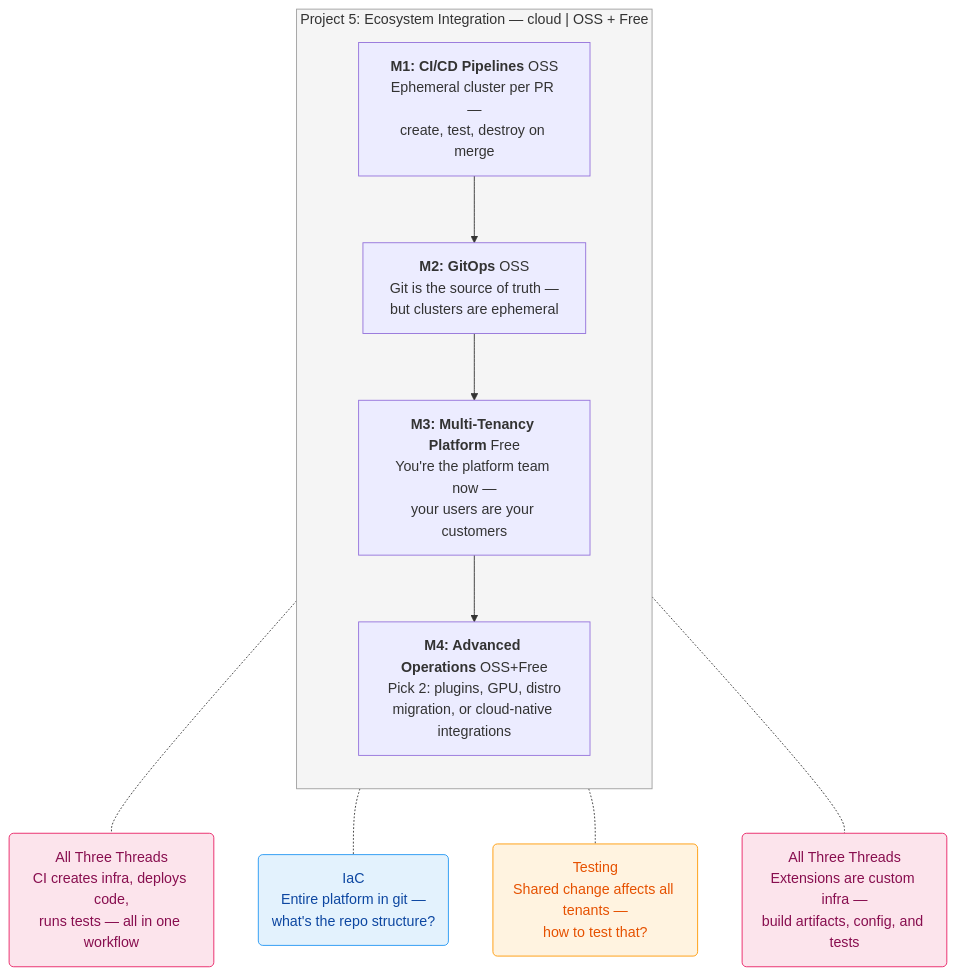
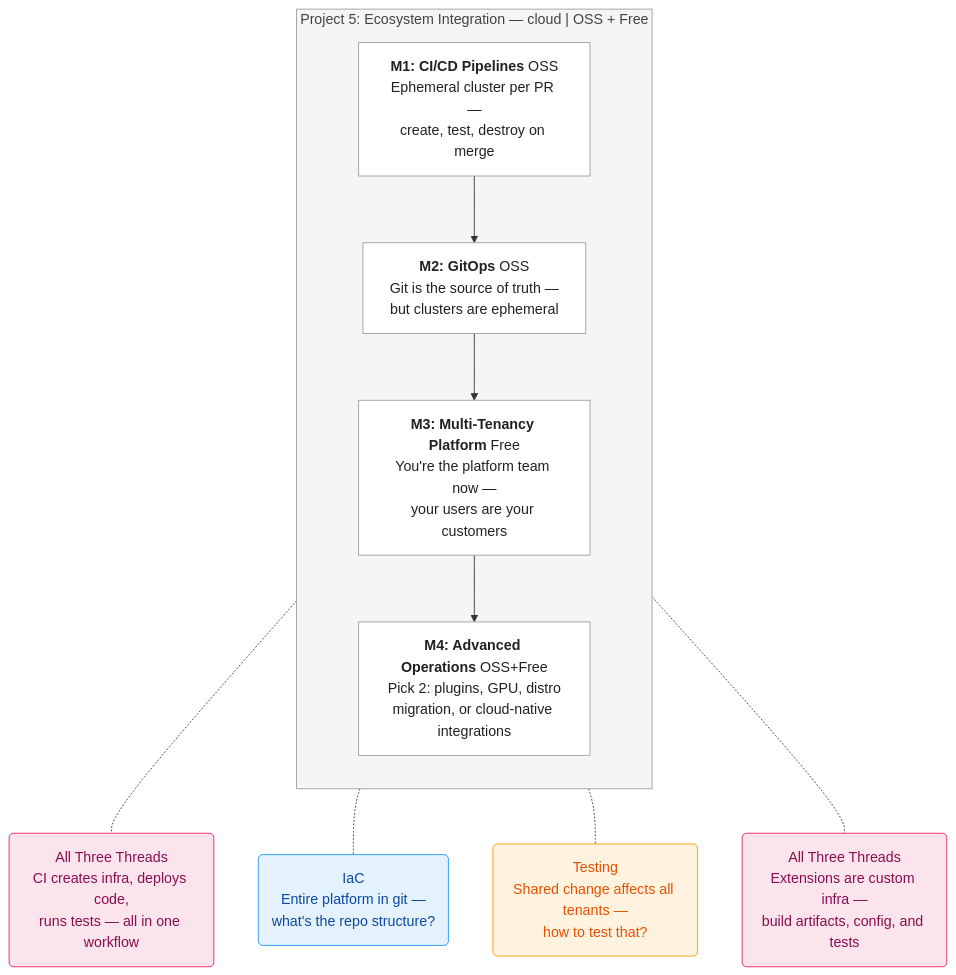
One commit to andrew-brooks-GA/vcluster_learning changed the seventh of 7 diagrams in roadmap.md. Above: the diagram before and after it, drawn with Mermaid. The commit also changed other lines of this file and 1 other file, not shown here.

Commit message:
Add README and fix Mermaid diagram text readability

````diff
--- a/roadmap.md
+++ b/roadmap.md
@@ -212,29 +253,34 @@
 ```mermaid
 flowchart TD
     subgraph p5["Project 5: Ecosystem Integration — cloud | OSS + Free"]
         direction TB
 
         M1["<b>M1: CI/CD Pipelines</b> OSS\nEphemeral cluster per PR —\ncreate, test, destroy on merge"]
         M2["<b>M2: GitOps</b> OSS\nGit is the source of truth —\nbut clusters are ephemeral"]
         M3["<b>M3: Multi-Tenancy Platform</b> Free\nYou're the platform team now —\nyour users are your customers"]
         M4["<b>M4: Advanced Operations</b> OSS+Free\nPick 2: plugins, GPU, distro\nmigration, or cloud-native integrations"]
 
         M1 --> M2 --> M3 --> M4
     end
 
     ALL1("All Three Threads\nCI creates infra, deploys code,\nruns tests — all in one workflow"):::all
     IAC1("IaC\nEntire platform in git —\nwhat's the repo structure?"):::iac
     T1("Testing\nShared change affects all tenants —\nhow to test that?"):::test
     ALL2("All Three Threads\nExtensions are custom infra —\nbuild artifacts, config, and tests"):::all
 
     M1 -.- ALL1
     M2 -.- IAC1
     M3 -.- T1
     M4 -.- ALL2
 
+    classDef ms fill:#ffffff,stroke:#9e9e9e,color:#212121
     classDef vc fill:#e8f5e9,stroke:#4caf50,color:#1b5e20
     classDef iac fill:#e3f2fd,stroke:#2196f3,color:#0d47a1
     classDef test fill:#fff3e0,stroke:#ff9800,color:#e65100
     classDef all fill:#fce4ec,stroke:#e91e63,color:#880e4f
-    style p5 fill:#f5f5f5,stroke:#9e9e9e
+    M1:::ms
+    M2:::ms
+    M3:::ms
+    M4:::ms
+    style p5 fill:#f5f5f5,stroke:#9e9e9e,color:#424242
 ```
````
